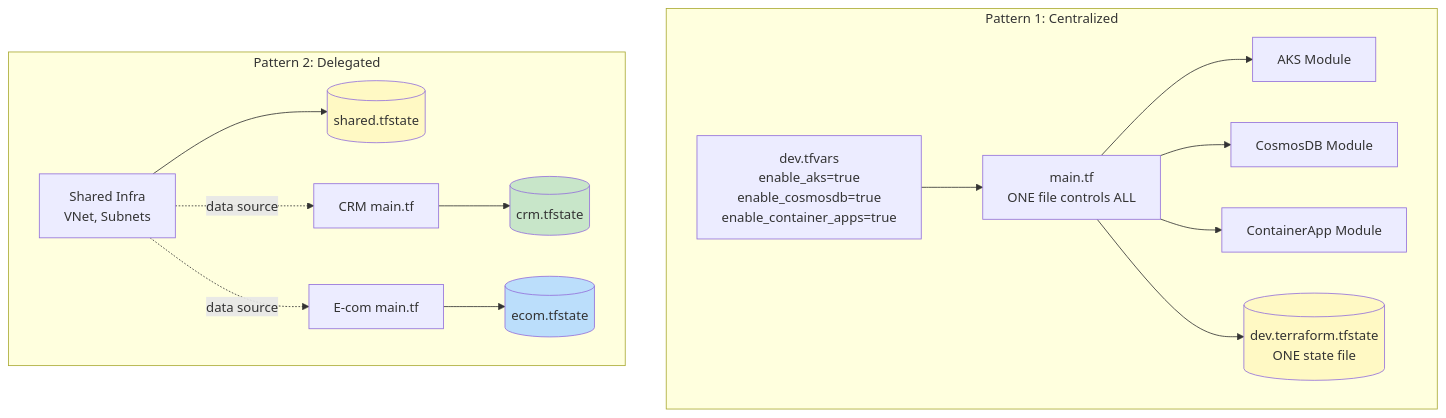
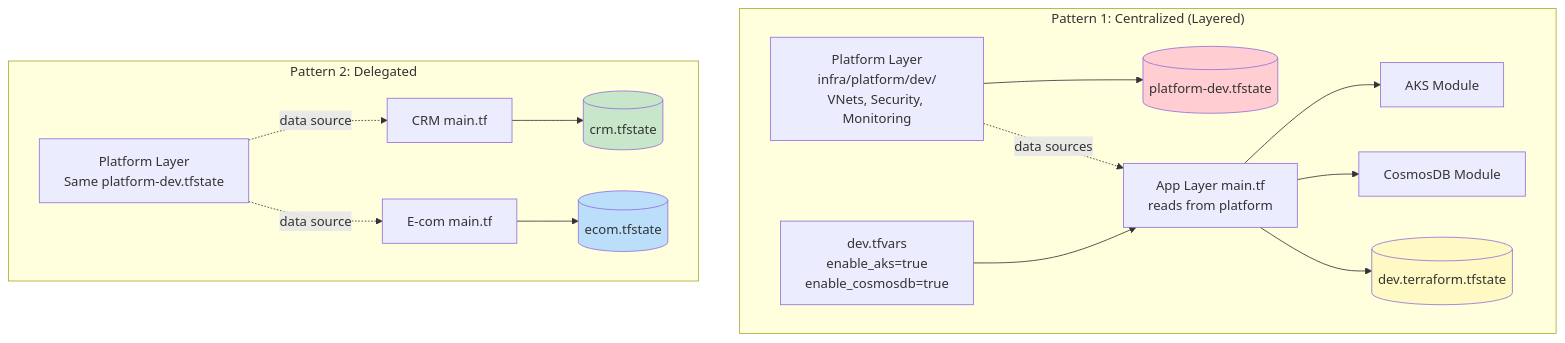
Before and after one commit to sandy-gunawan/demoterraform: the fourth of 10 diagrams in docs/demo/06-DIAGRAMS.md, drawn with Mermaid. The commit also changed other lines of this file and 42 other files, not shown here.

First line of the commit message:
feat: implement layered infrastructure (platform + apps separation)

````diff
--- a/docs/demo/06-DIAGRAMS.md
+++ b/docs/demo/06-DIAGRAMS.md
@@ -163,40 +171,41 @@
 ```mermaid
 graph TB
-    subgraph "Pattern 1: Centralized"
-        P1_TFVARS[dev.tfvars<br/>enable_aks=true<br/>enable_cosmosdb=true<br/>enable_container_apps=true]
-        P1_MAIN[main.tf<br/>ONE file controls ALL]
-        P1_STATE[(dev.terraform.tfstate<br/>ONE state file)]
+    subgraph "Pattern 1: Centralized (Layered)"
+        P1_PLT[Platform Layer<br/>infra/platform/dev/<br/>VNets, Security, Monitoring]
+        P1_STATE_P[(platform-dev.tfstate)]
+
+        P1_TFVARS[dev.tfvars<br/>enable_aks=true<br/>enable_cosmosdb=true]
+        P1_MAIN[App Layer main.tf<br/>reads from platform]
+        P1_STATE[(dev.terraform.tfstate)]
 
         P1_AKS[AKS Module]
         P1_CDB[CosmosDB Module]
-        P1_CAP[ContainerApp Module]
 
+        P1_PLT --> P1_STATE_P
+        P1_PLT -.->|"data sources"| P1_MAIN
         P1_TFVARS --> P1_MAIN
         P1_MAIN --> P1_AKS
         P1_MAIN --> P1_CDB
-        P1_MAIN --> P1_CAP
         P1_MAIN --> P1_STATE
     end
 
     subgraph "Pattern 2: Delegated"
-        P2_SHARED[Shared Infra<br/>VNet, Subnets]
-        P2_STATE_S[(shared.tfstate)]
+        P2_PLT[Platform Layer<br/>Same platform-dev.tfstate]
 
         P2_CRM_MAIN[CRM main.tf]
         P2_CRM_STATE[(crm.tfstate)]
 
         P2_ECM_MAIN[E-com main.tf]
         P2_ECM_STATE[(ecom.tfstate)]
 
-        P2_SHARED --> P2_STATE_S
-        P2_SHARED -.->|"data source"| P2_CRM_MAIN
-        P2_SHARED -.->|"data source"| P2_ECM_MAIN
+        P2_PLT -.->|"data source"| P2_CRM_MAIN
+        P2_PLT -.->|"data source"| P2_ECM_MAIN
         P2_CRM_MAIN --> P2_CRM_STATE
         P2_ECM_MAIN --> P2_ECM_STATE
     end
 
+    style P1_STATE_P fill:#FFCDD2
     style P1_STATE fill:#FFF9C4
-    style P2_STATE_S fill:#FFF9C4
     style P2_CRM_STATE fill:#C8E6C9
     style P2_ECM_STATE fill:#BBDEFB
 ```
````
